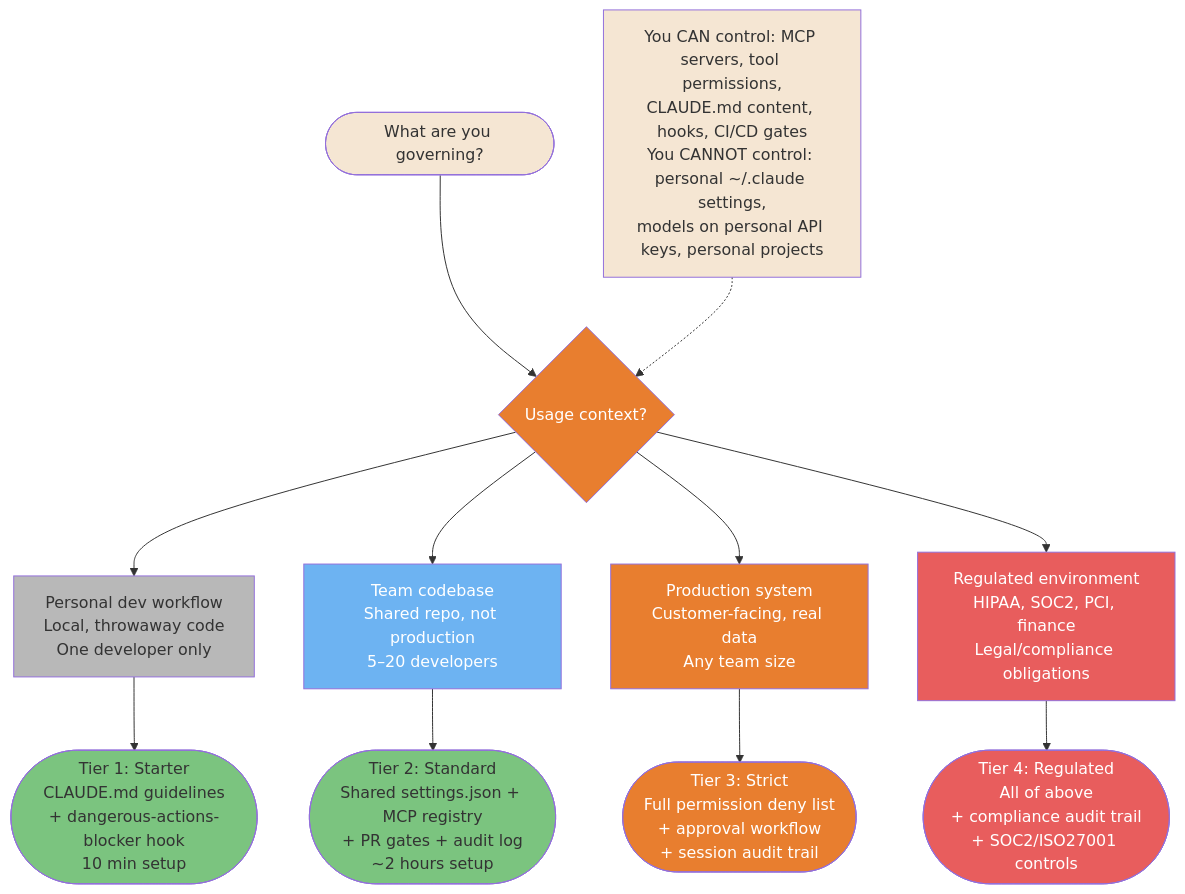
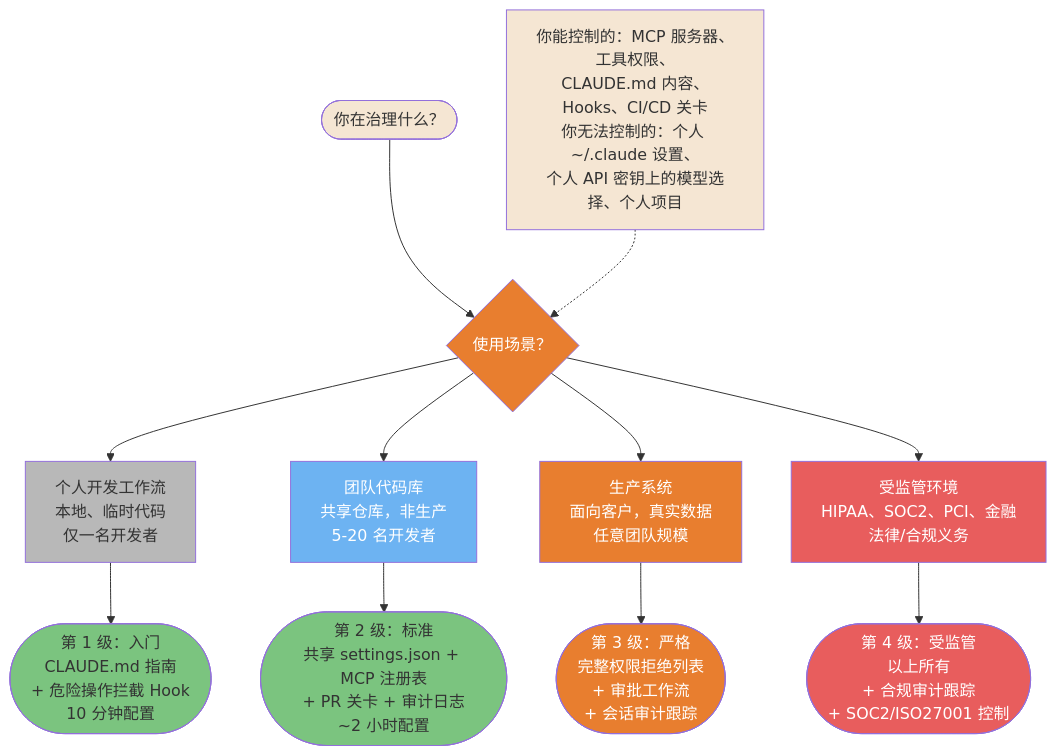
One commit to lawrencewzen/aispark-wiki changed the first of 3 diagrams in claude-code/diagrams/12-enterprise-governance.md. Above: the diagram before and after it, drawn with Mermaid. The commit also changed other lines of this file and 82 other files, not shown here.

First line of the commit message:
feat: 完成 claude-code/ 目录全量中文翻译

````diff
--- a/claude-code/diagrams/12-enterprise-governance.md
+++ b/claude-code/diagrams/12-enterprise-governance.md
@@ -21,40 +21,40 @@
 ```mermaid
 flowchart TD
-    A([What are you governing?]) --> B{Usage context?}
+    A([你在治理什么？]) --> B{使用场景？}
 
-    B --> P["Personal dev workflow<br/>Local, throwaway code<br/>One developer only"]
-    B --> T["Team codebase<br/>Shared repo, not production<br/>5–20 developers"]
-    B --> PR["Production system<br/>Customer-facing, real data<br/>Any team size"]
-    B --> REG["Regulated environment<br/>HIPAA, SOC2, PCI, finance<br/>Legal/compliance obligations"]
+    B --> P["个人开发工作流<br/>本地、临时代码<br/>仅一名开发者"]
+    B --> T["团队代码库<br/>共享仓库，非生产<br/>5-20 名开发者"]
+    B --> PR["生产系统<br/>面向客户，真实数据<br/>任意团队规模"]
+    B --> REG["受监管环境<br/>HIPAA、SOC2、PCI、金融<br/>法律/合规义务"]
 
-    P --> TIER1(["Tier 1: Starter<br/>CLAUDE.md guidelines<br/>+ dangerous-actions-blocker hook<br/>10 min setup"])
-    T --> TIER2(["Tier 2: Standard<br/>Shared settings.json + MCP registry<br/>+ PR gates + audit log<br/>~2 hours setup"])
-    PR --> TIER3(["Tier 3: Strict<br/>Full permission deny list<br/>+ approval workflow<br/>+ session audit trail"])
-    REG --> TIER4(["Tier 4: Regulated<br/>All of above<br/>+ compliance audit trail<br/>+ SOC2/ISO27001 controls"])
+    P --> TIER1(["第 1 级：入门<br/>CLAUDE.md 指南<br/>+ 危险操作拦截 Hook<br/>10 分钟配置"])
+    T --> TIER2(["第 2 级：标准<br/>共享 settings.json + MCP 注册表<br/>+ PR 关卡 + 审计日志<br/>~2 小时配置"])
+    PR --> TIER3(["第 3 级：严格<br/>完整权限拒绝列表<br/>+ 审批工作流<br/>+ 会话审计跟踪"])
+    REG --> TIER4(["第 4 级：受监管<br/>以上所有<br/>+ 合规审计跟踪<br/>+ SOC2/ISO27001 控制"])
 
-    NOTE["You CAN control: MCP servers, tool permissions,<br/>CLAUDE.md content, hooks, CI/CD gates<br/>You CANNOT control: personal ~/.claude settings,<br/>models on personal API keys, personal projects"] -.-> B
+    NOTE["你能控制的：MCP 服务器、工具权限、<br/>CLAUDE.md 内容、Hooks、CI/CD 关卡<br/>你无法控制的：个人 ~/.claude 设置、<br/>个人 API 密钥上的模型选择、个人项目"] -.-> B
 
     style A fill:#F5E6D3,color:#333
     style B fill:#E87E2F,color:#fff
     style P fill:#B8B8B8,color:#333
     style T fill:#6DB3F2,color:#fff
     style PR fill:#E87E2F,color:#fff
     style REG fill:#E85D5D,color:#fff
     style TIER1 fill:#7BC47F,color:#333
     style TIER2 fill:#7BC47F,color:#333
     style TIER3 fill:#E87E2F,color:#fff
     style TIER4 fill:#E85D5D,color:#fff
     style NOTE fill:#F5E6D3,color:#333
 
-    click A href "https://github.com/claude-code-ultimate-guide/claude-code-ultimate-guide/blob/main/guide/security/enterprise-governance.md#1-local-vs-shared-the-governance-split" "What are you governing?"
-    click B href "https://github.com/claude-code-ultimate-guide/claude-code-ultimate-guide/blob/main/guide/security/enterprise-governance.md#1-local-vs-shared-the-governance-split" "Usage context?"
-    click P href "https://github.com/claude-code-ultimate-guide/claude-code-ultimate-guide/blob/main/guide/security/enterprise-governance.md#4-guardrail-tiers" "Personal dev workflow"
-    click T href "https://github.com/claude-code-ultimate-guide/claude-code-ultimate-guide/blob/main/guide/security/enterprise-governance.md#4-guardrail-tiers" "Team codebase"
-    click PR href "https://github.com/claude-code-ultimate-guide/claude-code-ultimate-guide/blob/main/guide/security/enterprise-governance.md#4-guardrail-tiers" "Production system"
-    click REG href "https://github.com/claude-code-ultimate-guide/claude-code-ultimate-guide/blob/main/guide/security/enterprise-governance.md#4-guardrail-tiers" "Regulated environment"
-    click TIER1 href "https://github.com/claude-code-ultimate-guide/claude-code-ultimate-guide/blob/main/guide/security/enterprise-governance.md#4-guardrail-tiers" "Tier 1: Starter"
-    click TIER2 href "https://github.com/claude-code-ultimate-guide/claude-code-ultimate-guide/blob/main/guide/security/enterprise-governance.md#4-guardrail-tiers" "Tier 2: Standard"
-    click TIER3 href "https://github.com/claude-code-ultimate-guide/claude-code-ultimate-guide/blob/main/guide/security/enterprise-governance.md#4-guardrail-tiers" "Tier 3: Strict"
-    click TIER4 href "https://github.com/claude-code-ultimate-guide/claude-code-ultimate-guide/blob/main/guide/security/enterprise-governance.md#4-guardrail-tiers" "Tier 4: Regulated"
-    click NOTE href "https://github.com/claude-code-ultimate-guide/claude-code-ultimate-guide/blob/main/guide/security/enterprise-governance.md#12-what-you-can-and-cant-control" "What you can/cannot control"
+    click A href "https://github.com/claude-code-ultimate-guide/claude-code-ultimate-guide/blob/main/guide/security/enterprise-governance.md#1-local-vs-shared-the-governance-split" "你在治理什么？"
+    click B href "https://github.com/claude-code-ultimate-guide/claude-code-ultimate-guide/blob/main/guide/security/enterprise-governance.md#1-local-vs-shared-the-governance-split" "使用场景？"
+    click P href "https://github.com/claude-code-ultimate-guide/claude-code-ultimate-guide/blob/main/guide/security/enterprise-governance.md#4-guardrail-tiers" "个人开发工作流"
+    click T href "https://github.com/claude-code-ultimate-guide/claude-code-ultimate-guide/blob/main/guide/security/enterprise-governance.md#4-guardrail-tiers" "团队代码库"
+    click PR href "https://github.com/claude-code-ultimate-guide/claude-code-ultimate-guide/blob/main/guide/security/enterprise-governance.md#4-guardrail-tiers" "生产系统"
+    click REG href "https://github.com/claude-code-ultimate-guide/claude-code-ultimate-guide/blob/main/guide/security/enterprise-governance.md#4-guardrail-tiers" "受监管环境"
+    click TIER1 href "https://github.com/claude-code-ultimate-guide/claude-code-ultimate-guide/blob/main/guide/security/enterprise-governance.md#4-guardrail-tiers" "第 1 级：入门"
+    click TIER2 href "https://github.com/claude-code-ultimate-guide/claude-code-ultimate-guide/blob/main/guide/security/enterprise-governance.md#4-guardrail-tiers" "第 2 级：标准"
+    click TIER3 href "https://github.com/claude-code-ultimate-guide/claude-code-ultimate-guide/blob/main/guide/security/enterprise-governance.md#4-guardrail-tiers" "第 3 级：严格"
+    click TIER4 href "https://github.com/claude-code-ultimate-guide/claude-code-ultimate-guide/blob/main/guide/security/enterprise-governance.md#4-guardrail-tiers" "第 4 级：受监管"
+    click NOTE href "https://github.com/claude-code-ultimate-guide/claude-code-ultimate-guide/blob/main/guide/security/enterprise-governance.md#12-what-you-can-and-cant-control" "能控制/不能控制的内容"
 ```
````
